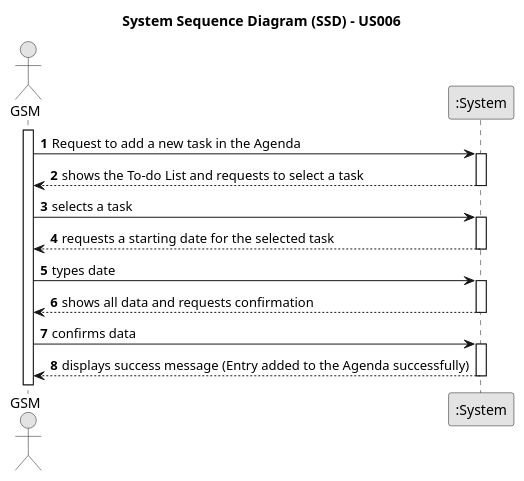
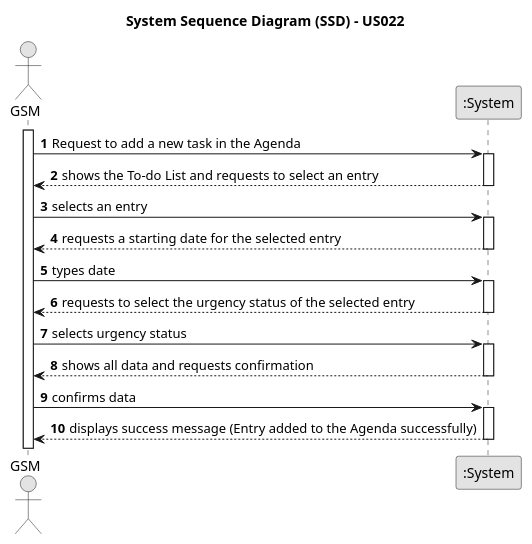
One commit to ricardomm7/leaflink changed the diagram in docs/sprintC/us022/01.requirements-engineering/puml/us022-system-sequence-diagram-alternative-one.puml. Above: the diagram before and after it, drawn with PlantUML. The commit also changed 5 other files, not shown here.

```diff
--- a/docs/sprintC/us022/01.requirements-engineering/puml/us022-system-sequence-diagram-alternative-one.puml
+++ b/docs/sprintC/us022/01.requirements-engineering/puml/us022-system-sequence-diagram-alternative-one.puml
@@ -1,41 +1,48 @@
 @startuml
 skinparam monochrome true
 skinparam packageStyle rectangle
 skinparam shadowing false
 
-title System Sequence Diagram (SSD) - US006
+title System Sequence Diagram (SSD) - US022
 
 autonumber
 
 actor "GSM" as GSM
 participant ":System" as System
 
 activate GSM
 
     GSM -> System : Request to add a new task in the Agenda
     activate System
 
-        System --> GSM : shows the To-do List and requests to select a task
+        System --> GSM : shows the To-do List and requests to select an entry
     deactivate System
 
-    GSM -> System : selects a task
+    GSM -> System : selects an entry
 
     activate System
 
-        System --> GSM : requests a starting date for the selected task
+        System --> GSM : requests a starting date for the selected entry
     deactivate System
 
     GSM -> System : types date
+
+    activate System
+
+        System --> GSM : requests to select the urgency status of the selected entry
+    deactivate System
+
+    GSM -> System : selects urgency status
 
     activate System
 
         System --> GSM : shows all data and requests confirmation
     deactivate System
 
     GSM -> System : confirms data
     activate System
 
         System --> GSM : displays success message (Entry added to the Agenda successfully)
     deactivate System
 
 @enduml
```
